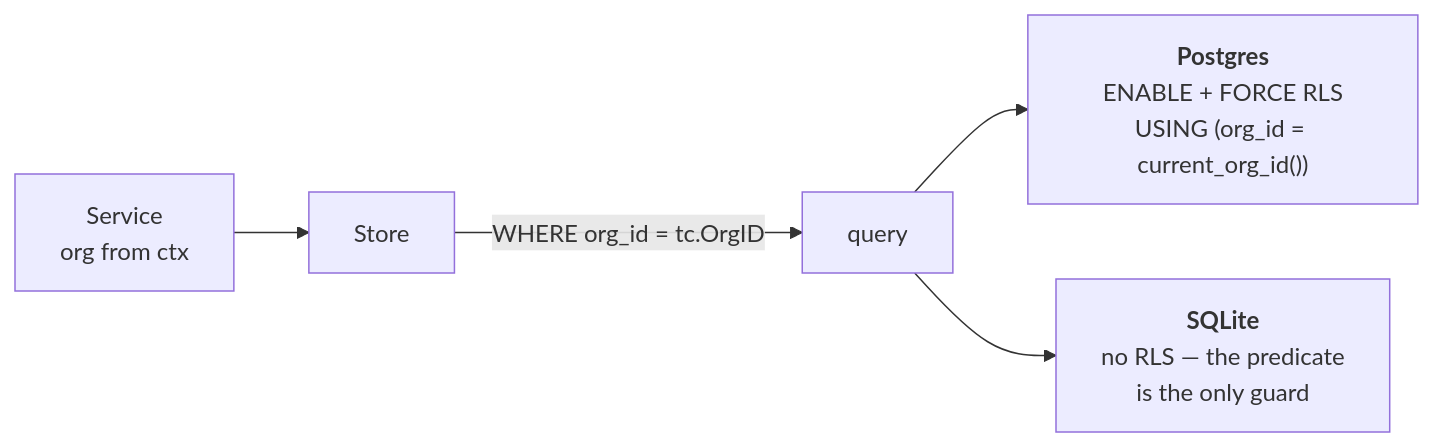
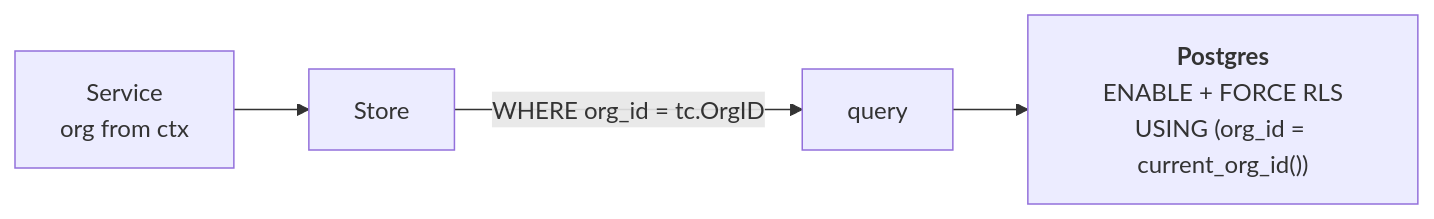
The first of 2 diagrams in docs/multitenancy/README.md (altalune-id/openwa), drawn with Mermaid before and after one commit. The commit also changed other lines of this file and 1169 other files, not shown here.

````diff
--- a/docs/multitenancy/README.md
+++ b/docs/multitenancy/README.md
@@ -21,7 +21,6 @@
 ```mermaid
 flowchart LR
   SVC["Service<br/>org from ctx"] --> ST["Store"]
   ST -->|"WHERE org_id = tc.OrgID"| Q["query"]
   Q --> PG["<b>Postgres</b><br/>ENABLE + FORCE RLS<br/>USING (org_id = current_org_id())"]
-  Q --> SL["<b>SQLite</b><br/>no RLS — the predicate<br/>is the only guard"]
 ```
````
